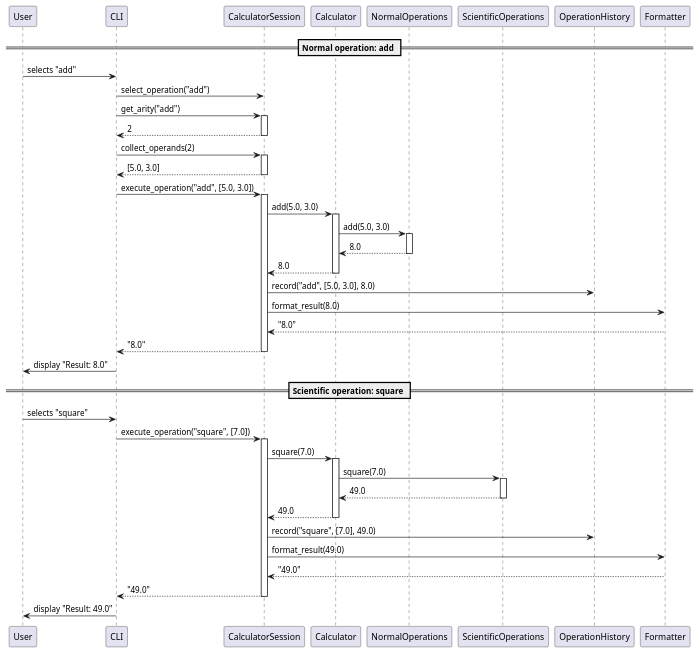
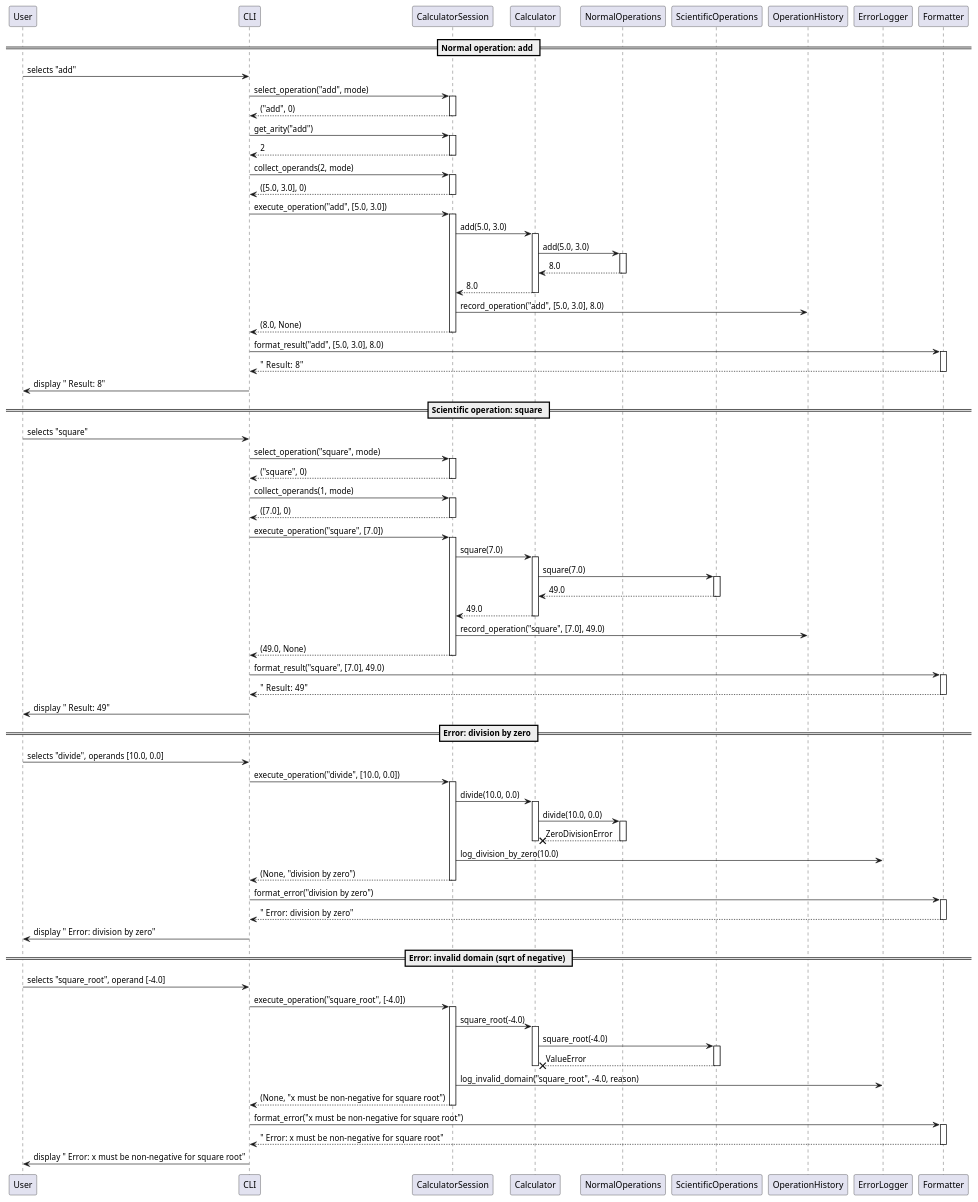
The diagram in artifacts/sequence_diagram_operation_execution.puml (DanielRiha8906/Calculator_bachelor_autoevolution_team), drawn with PlantUML before and after one commit. The commit also changed 3 other files, not shown here.

Commit message:
docs: add unified architecture UML diagrams for post-refactoring structure

```diff
--- a/artifacts/sequence_diagram_operation_execution.puml
+++ b/artifacts/sequence_diagram_operation_execution.puml
@@ -1,69 +1,136 @@
 @startuml sequence_diagram_operation_execution
 
 participant User
 participant CLI
 participant CalculatorSession
 participant Calculator
 participant NormalOperations
 participant ScientificOperations
 participant OperationHistory
+participant ErrorLogger
 participant Formatter
 
 == Normal operation: add ==
 
 User -> CLI : selects "add"
-CLI -> CalculatorSession : select_operation("add")
+CLI -> CalculatorSession : select_operation("add", mode)
+activate CalculatorSession
+CalculatorSession --> CLI : ("add", 0)
+deactivate CalculatorSession
+
 CLI -> CalculatorSession : get_arity("add")
 activate CalculatorSession
 CalculatorSession --> CLI : 2
 deactivate CalculatorSession
 
-CLI -> CalculatorSession : collect_operands(2)
+CLI -> CalculatorSession : collect_operands(2, mode)
 activate CalculatorSession
-CalculatorSession --> CLI : [5.0, 3.0]
+CalculatorSession --> CLI : ([5.0, 3.0], 0)
 deactivate CalculatorSession
 
 CLI -> CalculatorSession : execute_operation("add", [5.0, 3.0])
 activate CalculatorSession
 
 CalculatorSession -> Calculator : add(5.0, 3.0)
 activate Calculator
 Calculator -> NormalOperations : add(5.0, 3.0)
 activate NormalOperations
 NormalOperations --> Calculator : 8.0
 deactivate NormalOperations
 Calculator --> CalculatorSession : 8.0
 deactivate Calculator
 
-CalculatorSession -> OperationHistory : record("add", [5.0, 3.0], 8.0)
-CalculatorSession -> Formatter : format_result(8.0)
-Formatter --> CalculatorSession : "8.0"
-CalculatorSession --> CLI : "8.0"
+CalculatorSession -> OperationHistory : record_operation("add", [5.0, 3.0], 8.0)
+CalculatorSession --> CLI : (8.0, None)
 deactivate CalculatorSession
 
-CLI -> User : display "Result: 8.0"
+CLI -> Formatter : format_result("add", [5.0, 3.0], 8.0)
+activate Formatter
+Formatter --> CLI : "  Result: 8"
+deactivate Formatter
+CLI -> User : display "  Result: 8"
 
 == Scientific operation: square ==
 
 User -> CLI : selects "square"
+CLI -> CalculatorSession : select_operation("square", mode)
+activate CalculatorSession
+CalculatorSession --> CLI : ("square", 0)
+deactivate CalculatorSession
+
+CLI -> CalculatorSession : collect_operands(1, mode)
+activate CalculatorSession
+CalculatorSession --> CLI : ([7.0], 0)
+deactivate CalculatorSession
+
 CLI -> CalculatorSession : execute_operation("square", [7.0])
 activate CalculatorSession
 
 CalculatorSession -> Calculator : square(7.0)
 activate Calculator
 Calculator -> ScientificOperations : square(7.0)
 activate ScientificOperations
 ScientificOperations --> Calculator : 49.0
 deactivate ScientificOperations
 Calculator --> CalculatorSession : 49.0
 deactivate Calculator
 
-CalculatorSession -> OperationHistory : record("square", [7.0], 49.0)
-CalculatorSession -> Formatter : format_result(49.0)
-Formatter --> CalculatorSession : "49.0"
-CalculatorSession --> CLI : "49.0"
+CalculatorSession -> OperationHistory : record_operation("square", [7.0], 49.0)
+CalculatorSession --> CLI : (49.0, None)
 deactivate CalculatorSession
 
-CLI -> User : display "Result: 49.0"
+CLI -> Formatter : format_result("square", [7.0], 49.0)
+activate Formatter
+Formatter --> CLI : "  Result: 49"
+deactivate Formatter
+CLI -> User : display "  Result: 49"
+
+== Error: division by zero ==
+
+User -> CLI : selects "divide", operands [10.0, 0.0]
+CLI -> CalculatorSession : execute_operation("divide", [10.0, 0.0])
+activate CalculatorSession
+
+CalculatorSession -> Calculator : divide(10.0, 0.0)
+activate Calculator
+Calculator -> NormalOperations : divide(10.0, 0.0)
+activate NormalOperations
+NormalOperations -->x Calculator : ZeroDivisionError
+deactivate NormalOperations
+deactivate Calculator
+
+CalculatorSession -> ErrorLogger : log_division_by_zero(10.0)
+CalculatorSession --> CLI : (None, "division by zero")
+deactivate CalculatorSession
+
+CLI -> Formatter : format_error("division by zero")
+activate Formatter
+Formatter --> CLI : "  Error: division by zero"
+deactivate Formatter
+CLI -> User : display "  Error: division by zero"
+
+== Error: invalid domain (sqrt of negative) ==
+
+User -> CLI : selects "square_root", operand [-4.0]
+CLI -> CalculatorSession : execute_operation("square_root", [-4.0])
+activate CalculatorSession
+
+CalculatorSession -> Calculator : square_root(-4.0)
+activate Calculator
+Calculator -> ScientificOperations : square_root(-4.0)
+activate ScientificOperations
+ScientificOperations -->x Calculator : ValueError
+deactivate ScientificOperations
+deactivate Calculator
+
+CalculatorSession -> ErrorLogger : log_invalid_domain("square_root", -4.0, reason)
+CalculatorSession --> CLI : (None, "x must be non-negative for square root")
+deactivate CalculatorSession
+
+CLI -> Formatter : format_error("x must be non-negative for square root")
+activate Formatter
+Formatter --> CLI : "  Error: x must be non-negative for square root"
+deactivate Formatter
+CLI -> User : display "  Error: x must be non-negative for square root"
 
 @enduml
```
